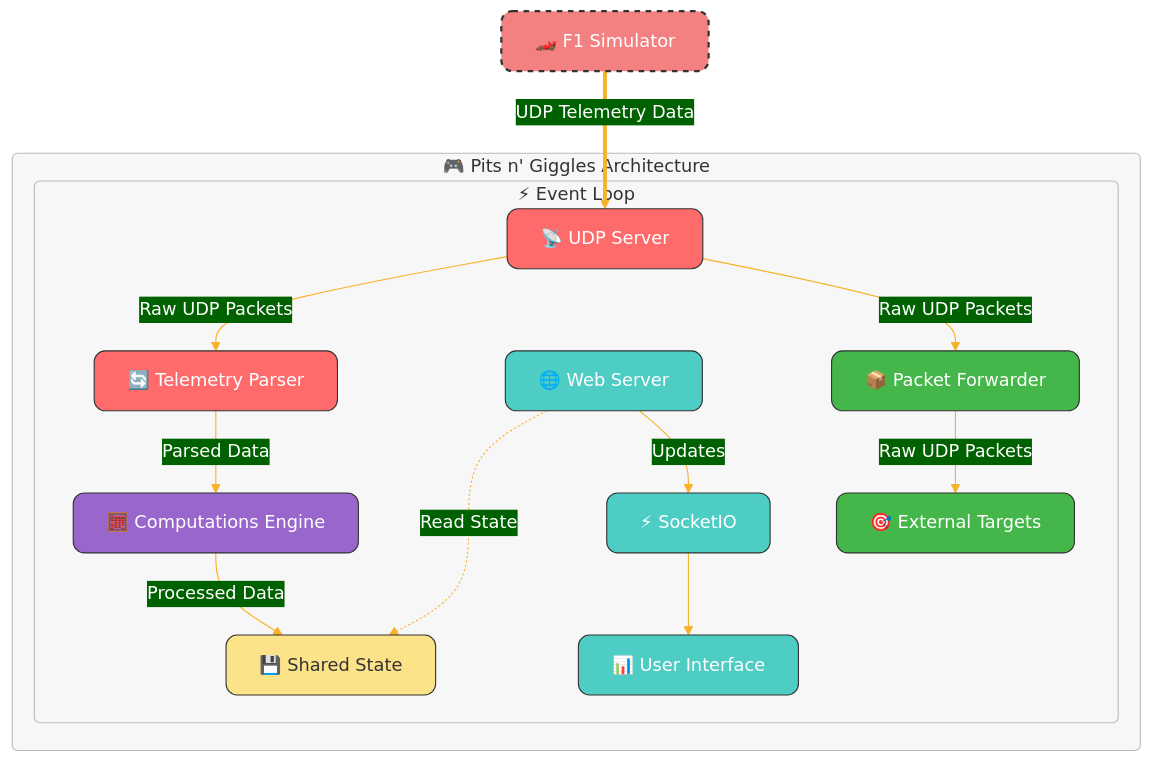
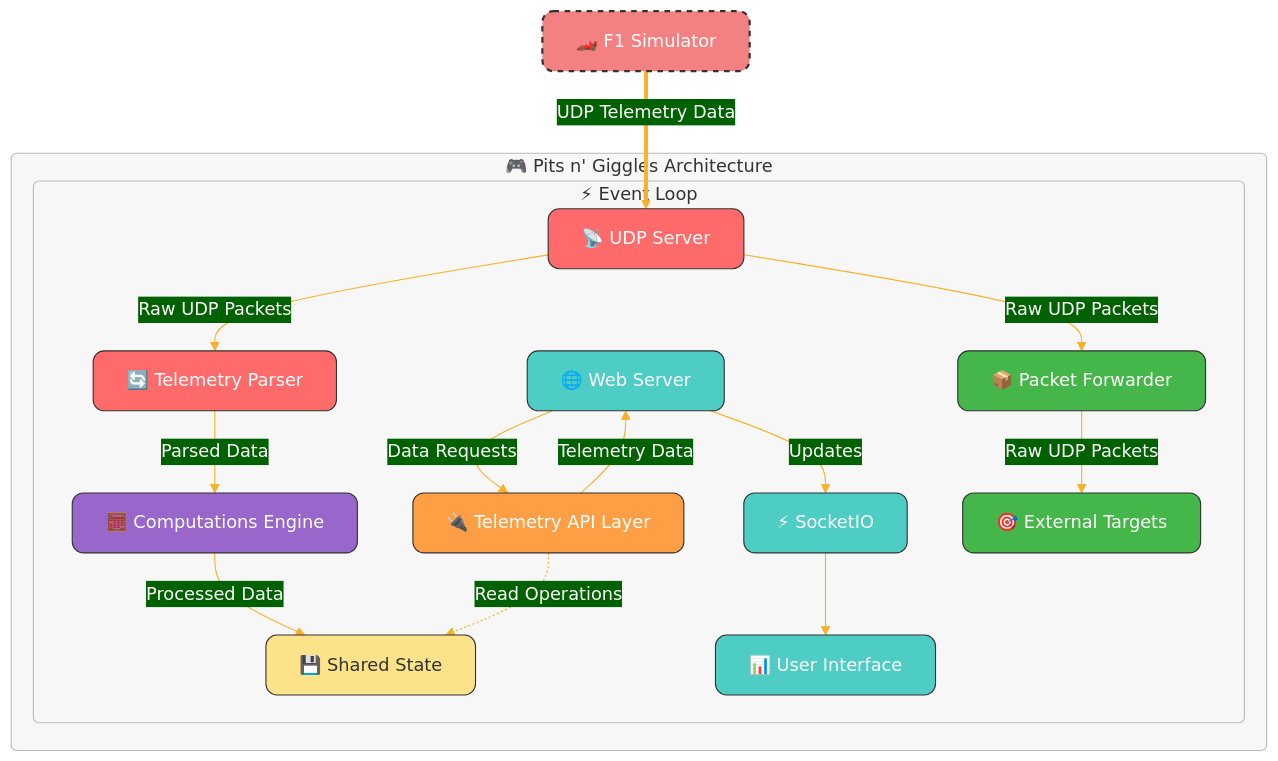
One commit to ashwin-nat/pits-n-giggles changed the diagram in screenshots/arch.mmd. Above: the diagram before and after it, drawn with Mermaid. The commit also changed 2 other files, not shown here.

```diff
--- a/screenshots/arch.mmd
+++ b/screenshots/arch.mmd
@@ -1,76 +1,72 @@
 %%{
   init: {
     'theme': 'base',
     'themeVariables': {
       'primaryColor': '#5D8AA8',
       'primaryTextColor': '#fff',
       'primaryBorderColor': '#5D8AA8',
       'lineColor': '#F8B229',
       'secondaryColor': '#006100',
       'tertiaryColor': '#fff'
     },
     'flowchart': {
       'curve': 'basis',
       'htmlLabels': true,
       'diagramPadding': 20
     }
   }
 }%%
-
 flowchart TB
     %% External simulator
     SIM["🏎️ F1 Simulator"]
-
     %% Main application architecture
     subgraph APP["🎮 Pits n' Giggles Architecture"]
         subgraph RUNTIME["⚡ Event Loop"]
             %% Telemetry components
             UDP["📡 UDP Server"]
             PARSER["🔄 Telemetry Parser"]
             COMPUTE["🧮 Computations Engine"]
             DS["💾 Shared State"]
-
             %% Web components
             FLASK["🌐 Web Server"]
+            API["🔌 Telemetry API Layer"]
             SOCKETIO["⚡ SocketIO"]
             UI["📊 User Interface"]
-
             %% Forwarding components
             FORWARDER["📦 Packet Forwarder"]
             TARGETS["🎯 External Targets"]
-
             %% Data flows
             UDP -->|"Raw UDP Packets"| PARSER
             PARSER -->|"Parsed Data"| COMPUTE
             COMPUTE -->|"Processed Data"| DS
-
             UDP -->|"Raw UDP Packets"| FORWARDER
             FORWARDER -->|"Raw UDP Packets"| TARGETS
-
-            FLASK -.->|"Read State"| DS
+            %% API integration
+            FLASK -->|"Data Requests"| API
+            API -.->|"Read Operations"| DS
+            API -->|"Telemetry Data"| FLASK
             FLASK -->|"Updates"| SOCKETIO
             SOCKETIO --> UI
         end
     end
-
     %% External data flow
     SIM ==>|"UDP Telemetry Data"| UDP
-
     %% Styling classes
     classDef main fill:#5D8AA8,color:#fff,stroke:#333,stroke-width:2px;
     classDef group1 fill:#FF6B6B,color:#fff,stroke:#333,stroke-width:1px,rx:10,ry:10;
     classDef group2 fill:#4ECDC4,color:#fff,stroke:#333,stroke-width:1px,rx:10,ry:10;
     classDef group3 fill:#45B649,color:#fff,stroke:#333,stroke-width:1px,rx:10,ry:10;
     classDef compute fill:#9966CC,color:#fff,stroke:#333,stroke-width:1px,rx:10,ry:10;
     classDef datastore fill:#FCE38A,color:#333,stroke:#333,stroke-width:1px,rx:10,ry:10;
     classDef external fill:#F38181,color:#fff,stroke:#333,stroke-width:2px,stroke-dasharray:5 5,rx:10,ry:10;
     classDef container fill:#F7F7F7,color:#333,stroke:#BBBBBB,stroke-width:1px,rx:5,ry:5;
-
+    classDef api fill:#FF9F45,color:#fff,stroke:#333,stroke-width:1px,rx:10,ry:10;
     %% Apply styling classes
     class UDP,PARSER group1;
     class FLASK,SOCKETIO,UI group2;
     class FORWARDER,TARGETS group3;
     class COMPUTE compute;
     class DS datastore;
     class SIM external;
     class APP,RUNTIME container;
+    class API api;
```
